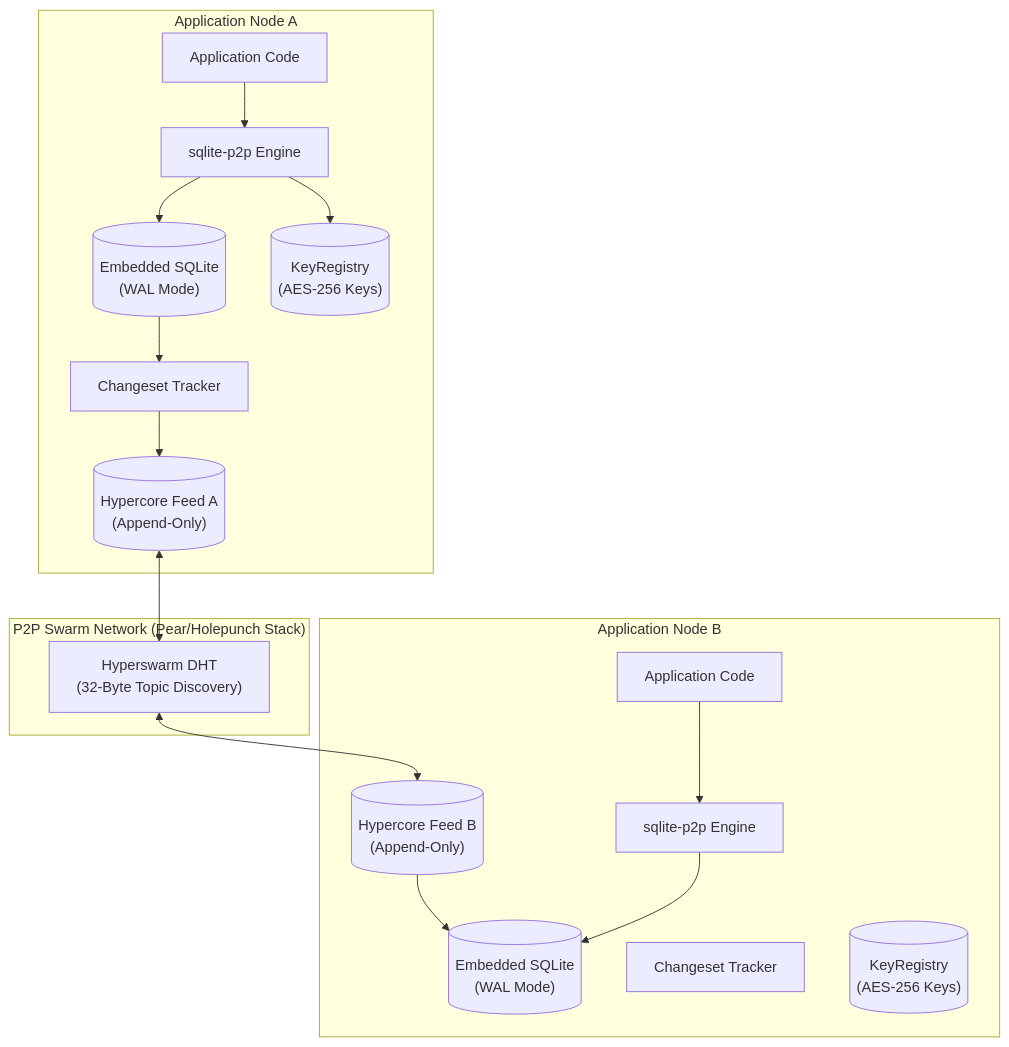
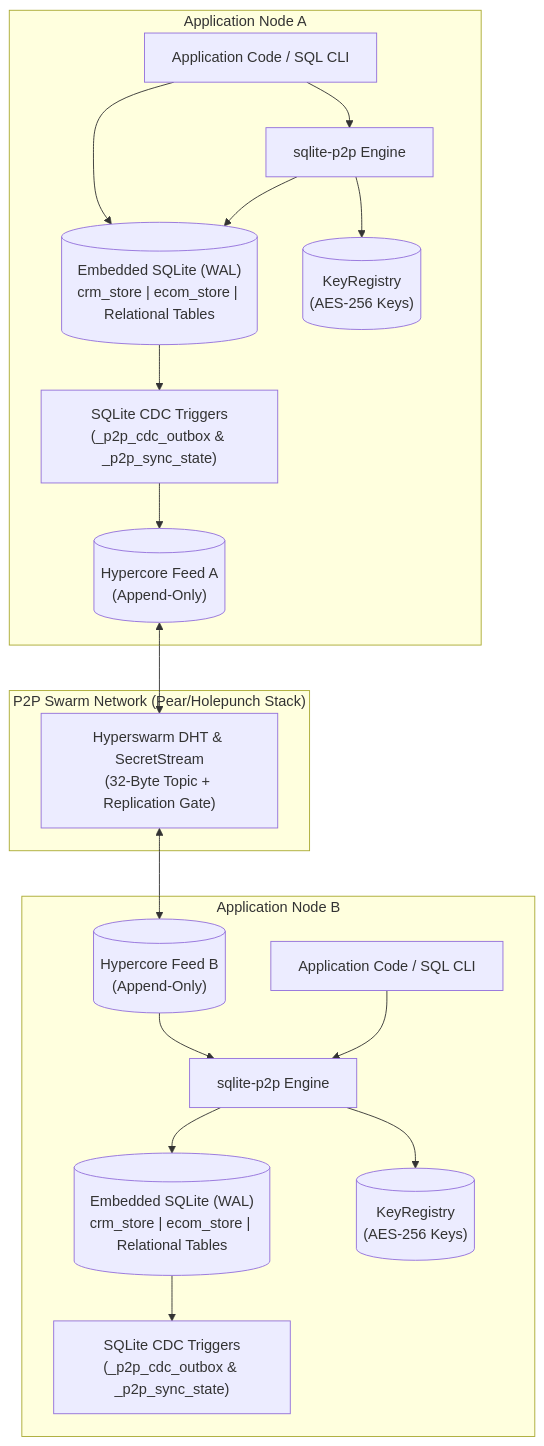
One commit to innomon/sqlite-p2p changed the diagram in ARCHITECTURE.md. Above: the diagram before and after it, drawn with Mermaid. The commit also changed other lines of this file and 3 other files, not shown here.

Commit message:
docs: Update README, ARCHITECTURE, AGENT, and E2E test guide for multi-table CDC replication

````diff
--- a/ARCHITECTURE.md
+++ b/ARCHITECTURE.md
@@ -14,35 +14,38 @@
 ```mermaid
 flowchart TD
     subgraph AppNodeA["Application Node A"]
-        APP_A["Application Code"]
+        APP_A["Application Code / SQL CLI"]
         ENGINE_A["sqlite-p2p Engine"]
-        DBA[("Embedded SQLite<br/>(WAL Mode)")]
-        TRACKER_A["Changeset Tracker"]
+        DBA[("Embedded SQLite (WAL)<br/>crm_store | ecom_store | Relational Tables")]
+        CDC_A["SQLite CDC Triggers<br/>(_p2p_cdc_outbox & _p2p_sync_state)"]
         FEED_A[("Hypercore Feed A<br/>(Append-Only)")]
         KRA[("KeyRegistry<br/>(AES-256 Keys)")]
     end
 
     subgraph AppNodeB["Application Node B"]
-        APP_B["Application Code"]
+        APP_B["Application Code / SQL CLI"]
         ENGINE_B["sqlite-p2p Engine"]
-        DBB[("Embedded SQLite<br/>(WAL Mode)")]
-        TRACKER_B["Changeset Tracker"]
+        DBB[("Embedded SQLite (WAL)<br/>crm_store | ecom_store | Relational Tables")]
+        CDC_B["SQLite CDC Triggers<br/>(_p2p_cdc_outbox & _p2p_sync_state)"]
         FEED_B[("Hypercore Feed B<br/>(Append-Only)")]
         KRB[("KeyRegistry<br/>(AES-256 Keys)")]
     end
 
     subgraph P2P["P2P Swarm Network (Pear/Holepunch Stack)"]
-        DHT["Hyperswarm DHT<br/>(32-Byte Topic Discovery)"]
+        DHT["Hyperswarm DHT & SecretStream<br/>(32-Byte Topic + Replication Gate)"]
     end
 
     APP_A --> ENGINE_A
+    APP_A --> DBA
     ENGINE_A --> DBA
     ENGINE_A --> KRA
-    DBA --> TRACKER_A
-    TRACKER_A --> FEED_A
+    DBA --> CDC_A
+    CDC_A --> FEED_A
     FEED_A <--> DHT
     DHT <--> FEED_B
-    FEED_B --> DBB
+    FEED_B --> ENGINE_B
     ENGINE_B --> DBB
+    DBB --> CDC_B
+    ENGINE_B --> KRB
     APP_B --> ENGINE_B
 ```
````
